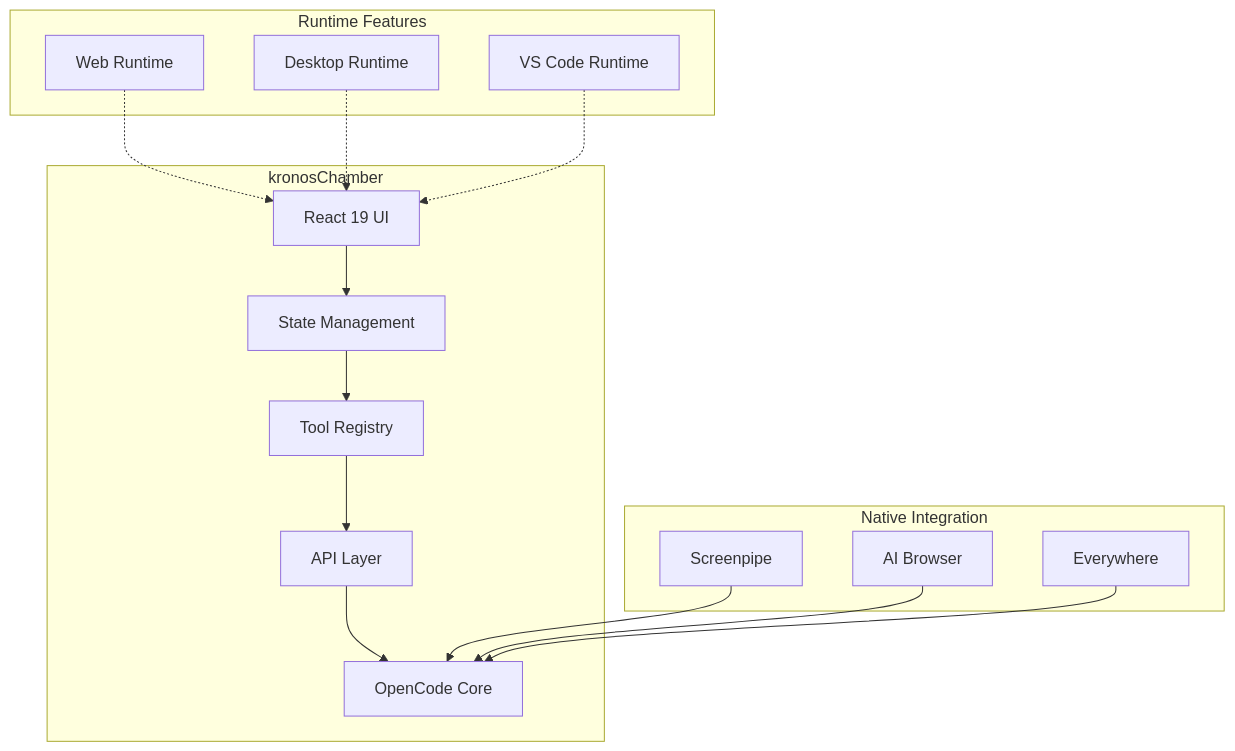
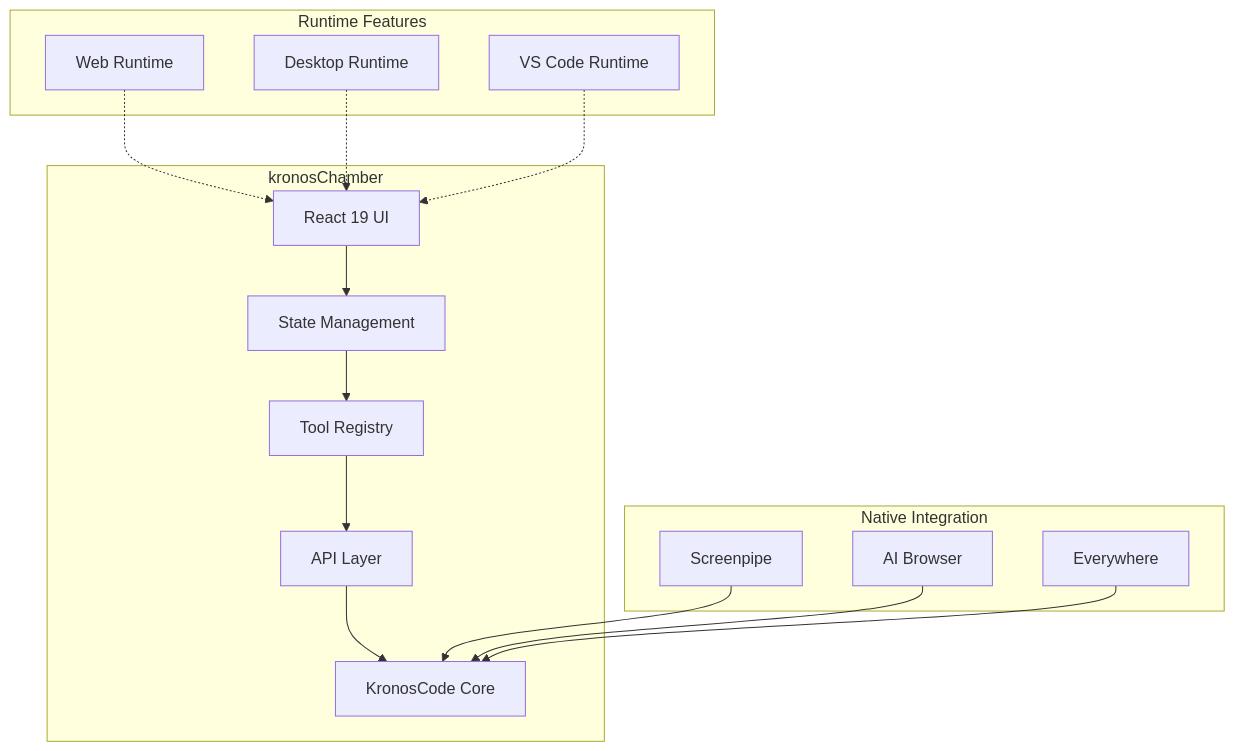
The fourth of 8 diagrams in README.md (Ahmedalsadi-1/kronoscoder), drawn with Mermaid before and after one commit. The commit also changed other lines of this file, not shown here.

Commit message:
docs: revert to KronosCode branding

````diff
--- a/README.md
+++ b/README.md
@@ -168,21 +168,21 @@
 ```mermaid
 flowchart TB
     subgraph kronosChamber
         A[React 19 UI] --> B[State Management]
         B --> C[Tool Registry]
         C --> D[API Layer]
-        D --> E[OpenCode Core]
+        D --> E[KronosCode Core]
     end
 
     subgraph Runtime Features
         F[Web Runtime] -.-> A
         G[Desktop Runtime] -.-> A
         H[VS Code Runtime] -.-> A
     end
 
     subgraph Native Integration
         I[Screenpipe] --> E
         J[AI Browser] --> E
         K[Everywhere] --> E
     end
 ```
````
